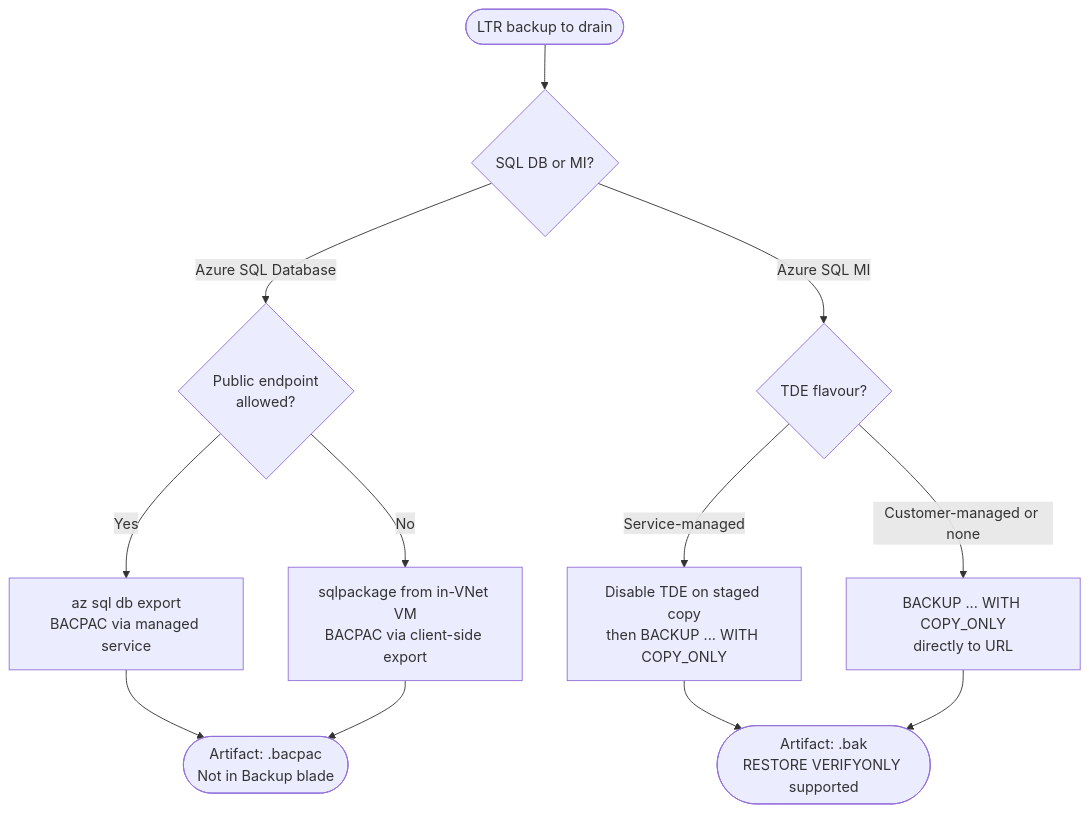
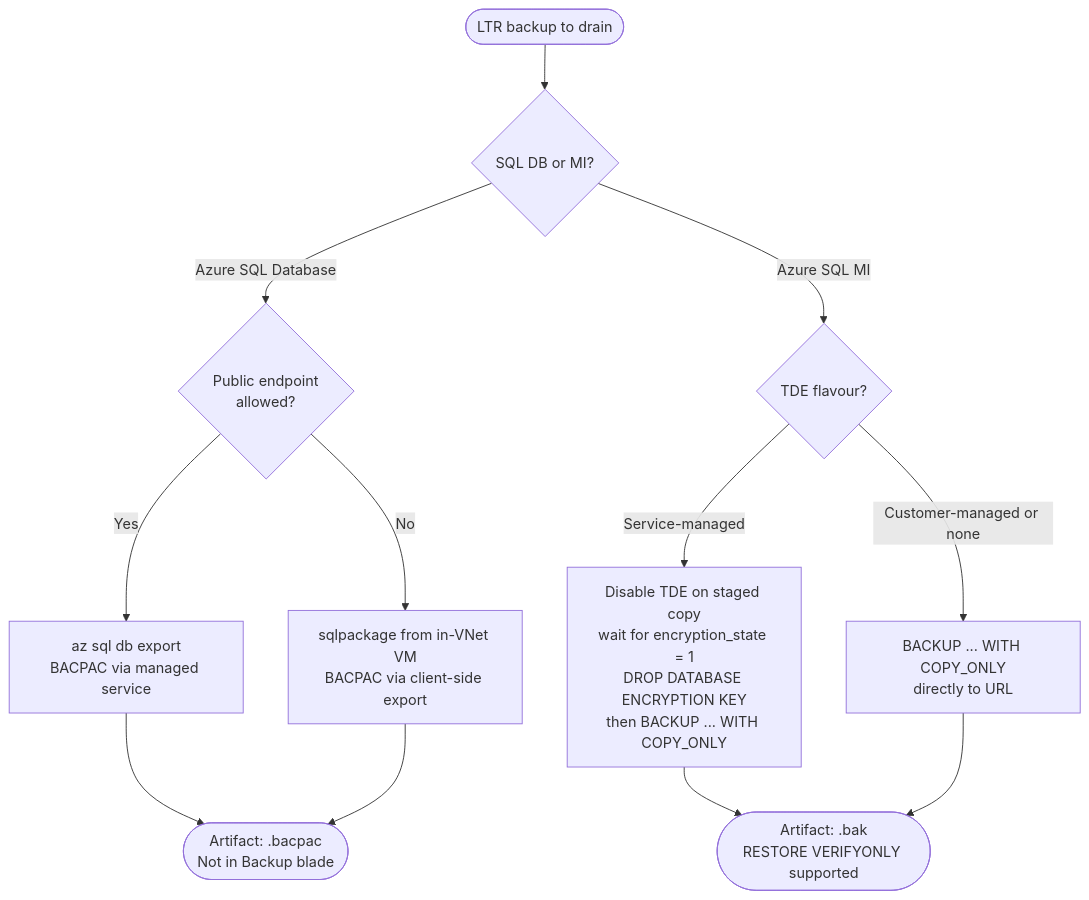
One commit to erjosito/net-lab-builder changed the second of 5 diagrams in labs/sql-ltr-backup-migration/README.md. Above: the diagram before and after it, drawn with Mermaid. The commit also changed other lines of this file and 2 other files, not shown here.

First line of the commit message:
Prove MI managed-identity BACKUP TO URL and add roadmap scan

````diff
--- a/labs/sql-ltr-backup-migration/README.md
+++ b/labs/sql-ltr-backup-migration/README.md
@@ -197,19 +197,19 @@
 ```mermaid
 flowchart TD
     START([LTR backup to drain])
     START --> RTYPE{"SQL DB or MI?"}
 
     RTYPE -->|Azure SQL Database| DB_PUB{"Public endpoint<br/>allowed?"}
     RTYPE -->|Azure SQL MI| MI_TDE{"TDE flavour?"}
 
     DB_PUB -->|Yes| DB_SVC["az sql db export<br/>BACPAC via managed service"]
     DB_PUB -->|No| DB_PRIV["sqlpackage from in-VNet VM<br/>BACPAC via client-side export"]
 
-    MI_TDE -->|Service-managed| MI_DIS["Disable TDE on staged copy<br/>then BACKUP ... WITH COPY_ONLY"]
+    MI_TDE -->|Service-managed| MI_DIS["Disable TDE on staged copy<br/>wait for encryption_state = 1<br/>DROP DATABASE ENCRYPTION KEY<br/>then BACKUP ... WITH COPY_ONLY"]
     MI_TDE -->|Customer-managed or none| MI_DIR["BACKUP ... WITH COPY_ONLY<br/>directly to URL"]
 
     DB_SVC --> BACPAC_OUT(["Artifact: .bacpac<br/>Not in Backup blade"])
     DB_PRIV --> BACPAC_OUT
     MI_DIS --> BAK_OUT(["Artifact: .bak<br/>RESTORE VERIFYONLY supported"])
     MI_DIR --> BAK_OUT
 ```
````
